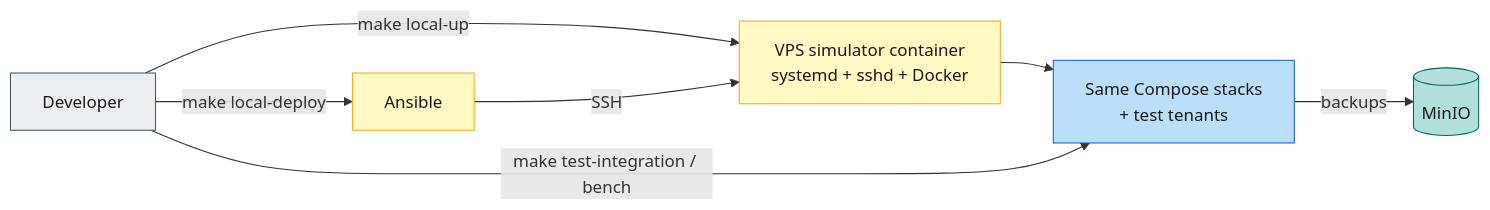
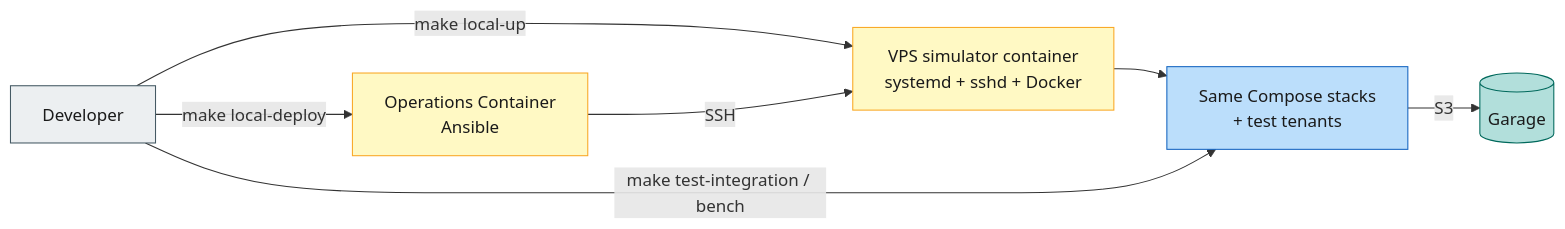
Diagram 19 of 24 in master-plan.md (varunpathania86/nigu-lite), drawn with Mermaid before and after one commit. The commit also changed other lines of this file and 50 other files, not shown here.

````diff
--- a/master-plan.md
+++ b/master-plan.md
@@ -1348,16 +1348,16 @@
 ```mermaid
 flowchart LR
   DEV[Developer] -->|make local-up| SIM[VPS simulator container<br/>systemd + sshd + Docker]
-  DEV -->|make local-deploy| ANS[Ansible] -->|SSH| SIM
+  DEV -->|make local-deploy| OPS[Operations Container<br/>Ansible] -->|SSH| SIM
   SIM --> STACK[Same Compose stacks<br/>+ test tenants]
-  STACK -->|backups| MINIO[(MinIO)]
+  STACK -->|S3| GARAGE[(Garage)]
   DEV -->|make test-integration / bench| STACK
   class DEV user
   class STACK app
-  class MINIO data
-  class SIM,ANS tool
+  class GARAGE data
+  class SIM,OPS tool
   classDef user fill:#eceff1,stroke:#455a64,color:#1a1a1a
   classDef app fill:#bbdefb,stroke:#1565c0,color:#1a1a1a
   classDef data fill:#b2dfdb,stroke:#00695c,color:#1a1a1a
   classDef tool fill:#fff9c4,stroke:#f9a825,color:#1a1a1a
 ```
````
